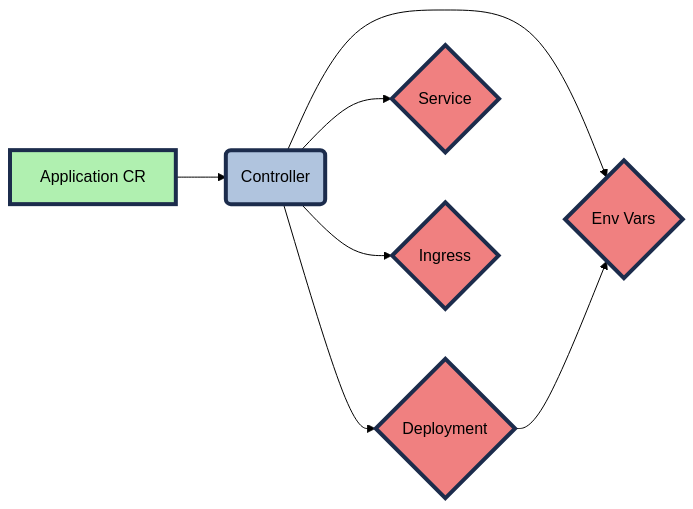
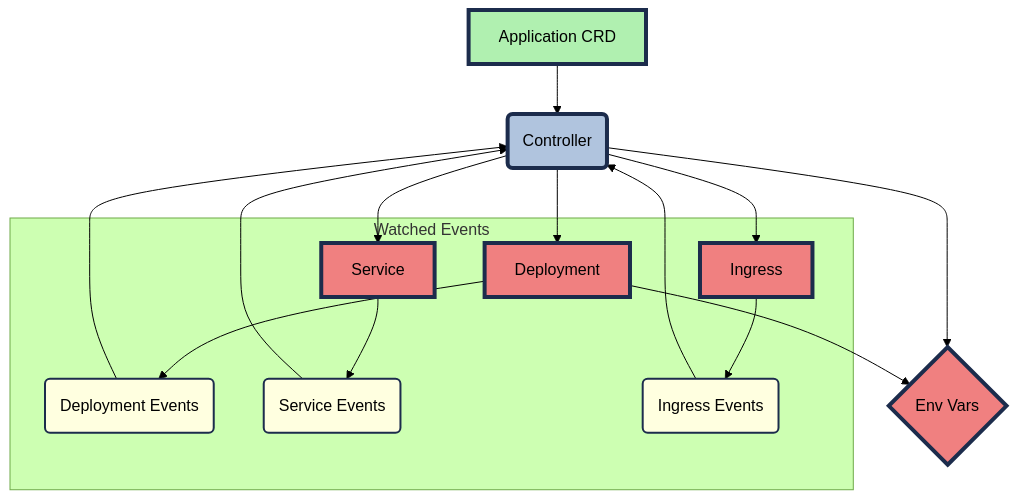
The diagram in README.md (sakiib/application-lifecycle-manager), drawn with Mermaid (forest theme) before and after one commit.

Commit message:
fix lint errors

````diff
--- a/README.md
+++ b/README.md
@@ -63,15 +63,26 @@
 ```mermaid
-graph LR
-    A[Application CR] --> B(Controller);
+graph
+    A[Application CRD] --> B(Controller);
     B --> C{Deployment};
     B --> D{Service};
     B --> E{Ingress};
     B --> F{Env Vars};
     C --> F{Env Vars};
+    subgraph Watched Events
+        C[Deployment] --> G(Deployment Events);
+        D[Service] --> H(Service Events);
+        E[Ingress] --> I(Ingress Events);
+    end
+    G --> B;
+    H --> B;
+    I --> B;
     style A fill:#b0f0b0,stroke:#1c2c4c,stroke-width:4px,color:#000
     style B fill:#b0c4de,stroke:#1c2c4c,stroke-width:4px,color:#000
     style C fill:#f08080,stroke:#1c2c4c,stroke-width:4px,color:#000
     style D fill:#f08080,stroke:#1c2c4c,stroke-width:4px,color:#000
     style E fill:#f08080,stroke:#1c2c4c,stroke-width:4px,color:#000
     style F fill:#f08080,stroke:#1c2c4c,stroke-width:4px,color:#000
+    style G fill:#FFFFE0,stroke:#1c2c4c,stroke-width:2px,color:#000
+    style H fill:#FFFFE0,stroke:#1c2c4c,stroke-width:2px,color:#000
+    style I fill:#FFFFE0,stroke:#1c2c4c,stroke-width:2px,color:#000
 ```
````
